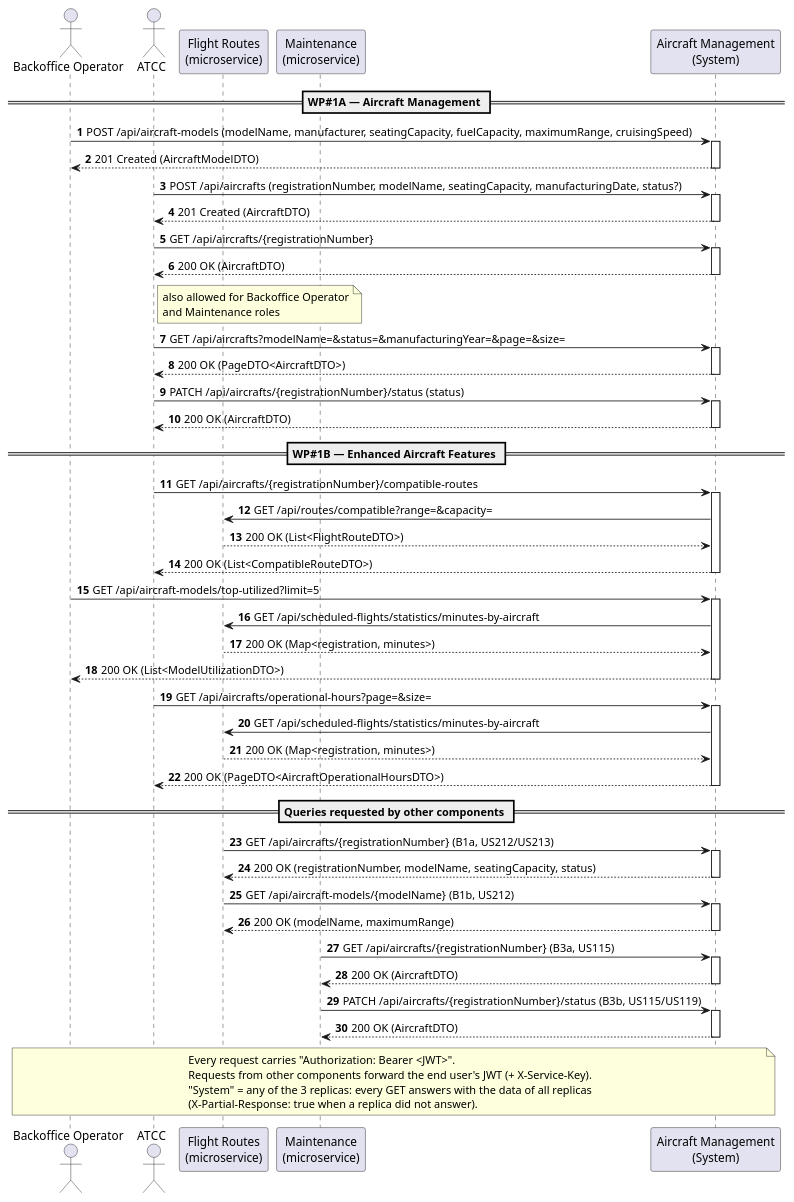
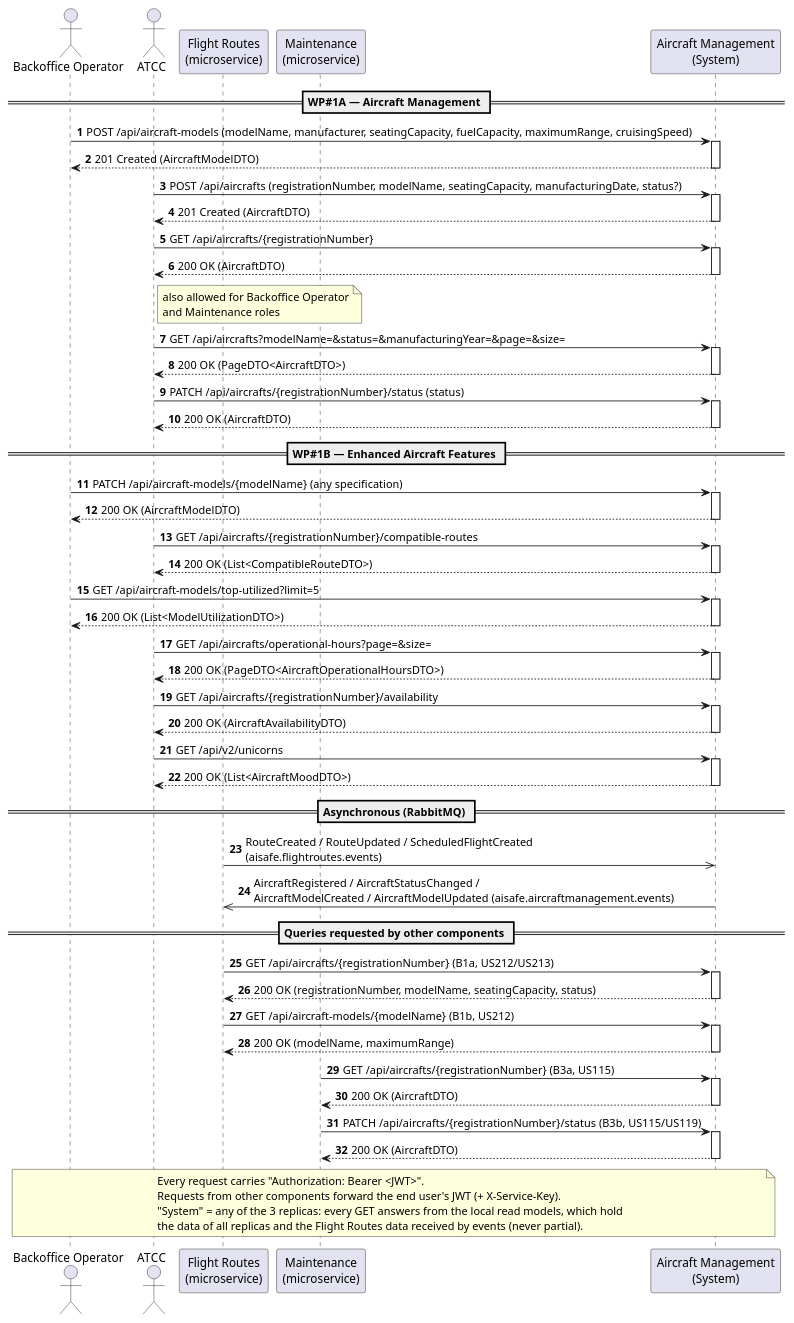
Before and after one commit to caetanotiago/Project_SIDIS: the diagram in docs/5-scenarios/aircraftmanagement/puml/AircraftManagement-SSD.puml, drawn with PlantUML. The commit also changed 146 other files, not shown here.

Commit message:
Aircraft Management: Assignment 2 (CQRS, eventos RabbitMQ, read models, /api/v2/unicorns)

```diff
--- a/docs/5-scenarios/aircraftmanagement/puml/AircraftManagement-SSD.puml
+++ b/docs/5-scenarios/aircraftmanagement/puml/AircraftManagement-SSD.puml
@@ -1,88 +1,102 @@
 @startuml AircraftManagement-SSD
 autonumber
 actor "Backoffice Operator" as BO
 actor "ATCC" as ATCC
 participant "Flight Routes\n(microservice)" as FR
 participant "Maintenance\n(microservice)" as MT
 participant "Aircraft Management\n(System)" as SYS
 
 == WP#1A — Aircraft Management ==
 
 BO -> SYS : POST /api/aircraft-models (modelName, manufacturer, seatingCapacity, fuelCapacity, maximumRange, cruisingSpeed)
 activate SYS
 SYS --> BO : 201 Created (AircraftModelDTO)
 deactivate SYS
 
 ATCC -> SYS : POST /api/aircrafts (registrationNumber, modelName, seatingCapacity, manufacturingDate, status?)
 activate SYS
 SYS --> ATCC : 201 Created (AircraftDTO)
 deactivate SYS
 
 ATCC -> SYS : GET /api/aircrafts/{registrationNumber}
 activate SYS
 SYS --> ATCC : 200 OK (AircraftDTO)
 deactivate SYS
 note right of ATCC : also allowed for Backoffice Operator\nand Maintenance roles
 
 ATCC -> SYS : GET /api/aircrafts?modelName=&status=&manufacturingYear=&page=&size=
 activate SYS
 SYS --> ATCC : 200 OK (PageDTO<AircraftDTO>)
 deactivate SYS
 
 ATCC -> SYS : PATCH /api/aircrafts/{registrationNumber}/status (status)
 activate SYS
 SYS --> ATCC : 200 OK (AircraftDTO)
 deactivate SYS
 
 == WP#1B — Enhanced Aircraft Features ==
 
+BO -> SYS : PATCH /api/aircraft-models/{modelName} (any specification)
+activate SYS
+SYS --> BO : 200 OK (AircraftModelDTO)
+deactivate SYS
+
 ATCC -> SYS : GET /api/aircrafts/{registrationNumber}/compatible-routes
 activate SYS
-SYS -> FR : GET /api/routes/compatible?range=&capacity=
-FR --> SYS : 200 OK (List<FlightRouteDTO>)
 SYS --> ATCC : 200 OK (List<CompatibleRouteDTO>)
 deactivate SYS
 
 BO -> SYS : GET /api/aircraft-models/top-utilized?limit=5
 activate SYS
-SYS -> FR : GET /api/scheduled-flights/statistics/minutes-by-aircraft
-FR --> SYS : 200 OK (Map<registration, minutes>)
 SYS --> BO : 200 OK (List<ModelUtilizationDTO>)
 deactivate SYS
 
 ATCC -> SYS : GET /api/aircrafts/operational-hours?page=&size=
 activate SYS
-SYS -> FR : GET /api/scheduled-flights/statistics/minutes-by-aircraft
-FR --> SYS : 200 OK (Map<registration, minutes>)
 SYS --> ATCC : 200 OK (PageDTO<AircraftOperationalHoursDTO>)
 deactivate SYS
+
+ATCC -> SYS : GET /api/aircrafts/{registrationNumber}/availability
+activate SYS
+SYS --> ATCC : 200 OK (AircraftAvailabilityDTO)
+deactivate SYS
+
+ATCC -> SYS : GET /api/v2/unicorns
+activate SYS
+SYS --> ATCC : 200 OK (List<AircraftMoodDTO>)
+deactivate SYS
+
+== Asynchronous (RabbitMQ) ==
+
+FR ->> SYS : RouteCreated / RouteUpdated / ScheduledFlightCreated\n(aisafe.flightroutes.events)
+SYS ->> FR : AircraftRegistered / AircraftStatusChanged /\nAircraftModelCreated / AircraftModelUpdated (aisafe.aircraftmanagement.events)
 
 == Queries requested by other components ==
 
 FR -> SYS : GET /api/aircrafts/{registrationNumber} (B1a, US212/US213)
 activate SYS
 SYS --> FR : 200 OK (registrationNumber, modelName, seatingCapacity, status)
 deactivate SYS
 
 FR -> SYS : GET /api/aircraft-models/{modelName} (B1b, US212)
 activate SYS
 SYS --> FR : 200 OK (modelName, maximumRange)
 deactivate SYS
 
 MT -> SYS : GET /api/aircrafts/{registrationNumber} (B3a, US115)
 activate SYS
 SYS --> MT : 200 OK (AircraftDTO)
 deactivate SYS
 
 MT -> SYS : PATCH /api/aircrafts/{registrationNumber}/status (B3b, US115/US119)
 activate SYS
 SYS --> MT : 200 OK (AircraftDTO)
 deactivate SYS
 
 note over BO, SYS
   Every request carries "Authorization: Bearer <JWT>".
   Requests from other components forward the end user's JWT (+ X-Service-Key).
-  "System" = any of the 3 replicas: every GET answers with the data of all replicas
-  (X-Partial-Response: true when a replica did not answer).
+  "System" = any of the 3 replicas: every GET answers from the local read models, which hold
+  the data of all replicas and the Flight Routes data received by events (never partial).
 end note
 @enduml
```
